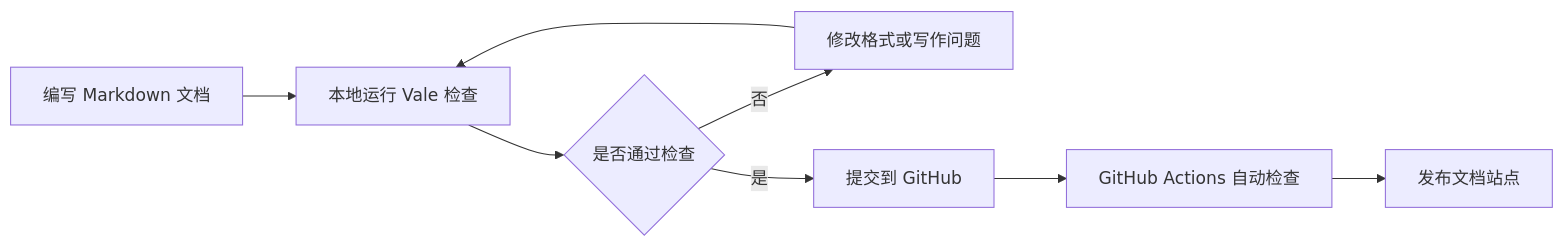
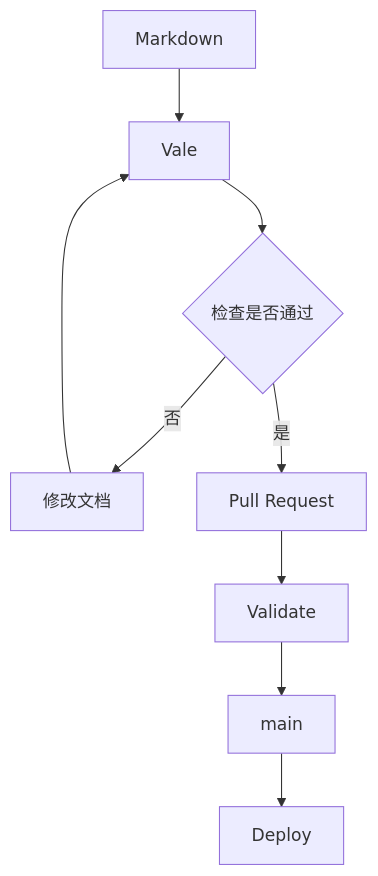
Before and after one commit to alison2fun/tech-docs-portfolio: the diagram in docs/01-automation.md, drawn with Mermaid. The commit also changed other lines of this file and 18 other files, not shown here.

````diff
--- a/docs/01-automation.md
+++ b/docs/01-automation.md
@@ -60,10 +54,11 @@
 ```mermaid
-flowchart LR
-    A[编写 Markdown 文档] --> B[本地运行 Vale 检查]
-    B --> C{是否通过检查}
-    C -- 否 --> D[修改格式或写作问题]
+flowchart TB
+    A[Markdown] --> B[Vale]
+    B --> C{检查是否通过}
+    C -- 否 --> D[修改文档]
     D --> B
-    C -- 是 --> E[提交到 GitHub]
-    E --> F[GitHub Actions 自动检查]
-    F --> G[发布文档站点]
+    C -- 是 --> E[Pull Request]
+    E --> F[Validate]
+    F --> G[main]
+    G --> H[Deploy]
 ```
````
